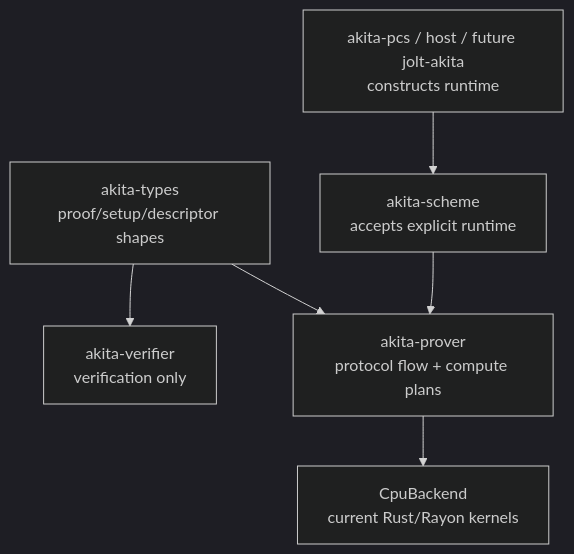
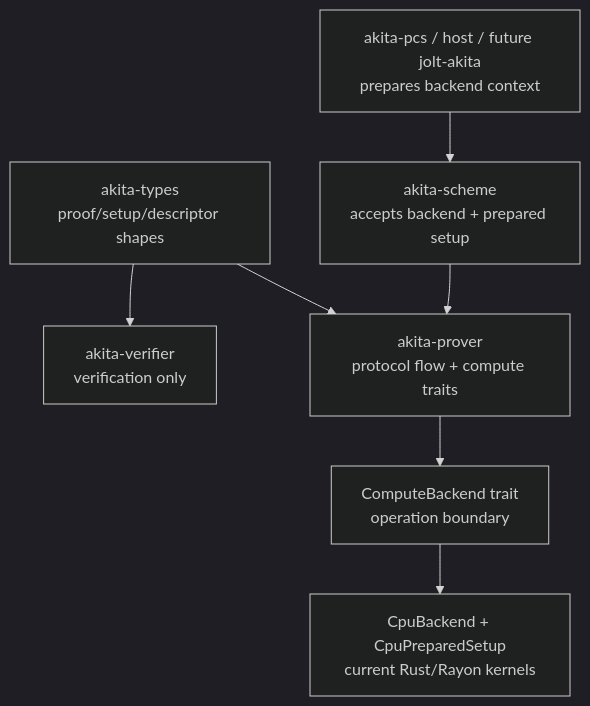
The diagram in specs/akita-compute-backend-metal.md (LayerZero-Labs/akita), drawn with Mermaid (dark theme) before and after one commit. The commit also changed other lines of this file and 45 other files, not shown here.

First line of the commit message:
refactor(prover): add compute backend boundary

````diff
--- a/specs/akita-compute-backend-metal.md
+++ b/specs/akita-compute-backend-metal.md
@@ -234,15 +270,17 @@
 ```mermaid
 graph TD
   Types["akita-types<br/>proof/setup/descriptor shapes"]
   Verifier["akita-verifier<br/>verification only"]
-  Prover["akita-prover<br/>protocol flow + compute plans"]
-  Cpu["CpuBackend<br/>current Rust/Rayon kernels"]
-  Scheme["akita-scheme<br/>accepts explicit runtime"]
-  Host["akita-pcs / host / future jolt-akita<br/>constructs runtime"]
+  Prover["akita-prover<br/>protocol flow + compute traits"]
+  Compute["ComputeBackend trait<br/>operation boundary"]
+  Cpu["CpuBackend + CpuPreparedSetup<br/>current Rust/Rayon kernels"]
+  Scheme["akita-scheme<br/>accepts backend + prepared setup"]
+  Host["akita-pcs / host / future jolt-akita<br/>prepares backend context"]
 
   Types --> Verifier
   Types --> Prover
-  Prover --> Cpu
+  Prover --> Compute
+  Compute --> Cpu
   Scheme --> Prover
   Host --> Scheme
 ```
````
